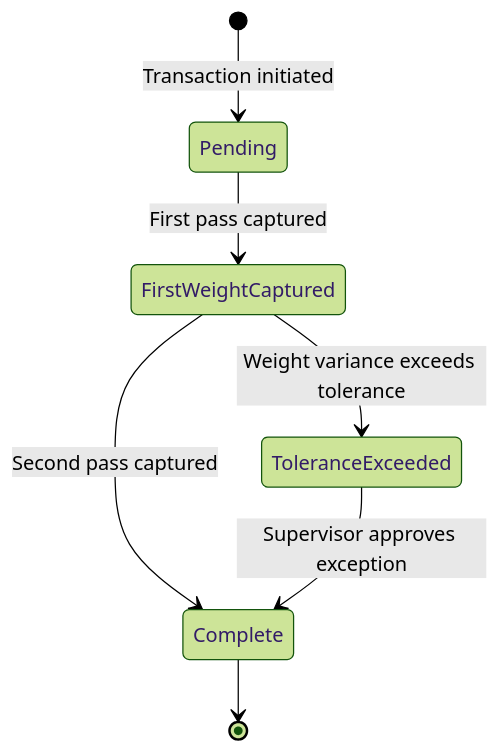
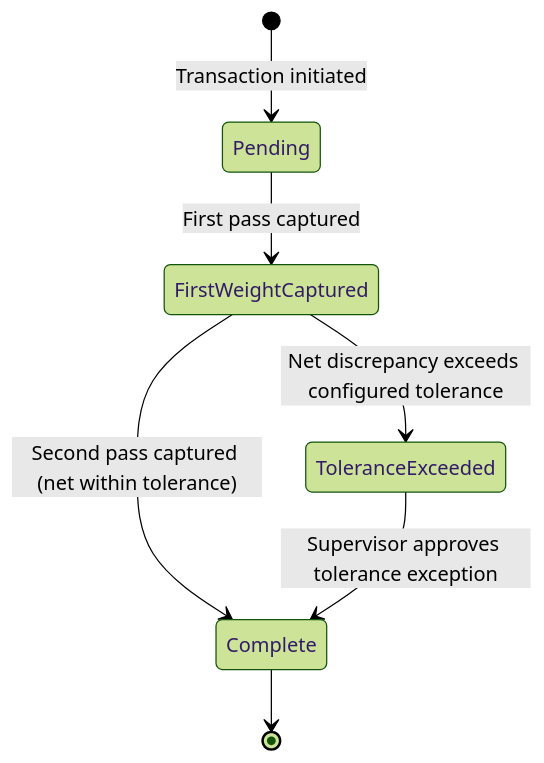
The diagram in docs/commercial/weight-tickets.md (Bengo-Hub/truload-docs), drawn with Mermaid (forest theme) before and after one commit. The commit also changed other lines of this file and 7 other files, not shown here.

````diff
--- a/docs/commercial/weight-tickets.md
+++ b/docs/commercial/weight-tickets.md
@@ -143,9 +178,9 @@
 ```mermaid
 stateDiagram-v2
     [*] --> Pending: Transaction initiated
     Pending --> FirstWeightCaptured: First pass captured
-    FirstWeightCaptured --> Complete: Second pass captured
-    FirstWeightCaptured --> ToleranceExceeded: Weight variance exceeds tolerance
-    ToleranceExceeded --> Complete: Supervisor approves exception
+    FirstWeightCaptured --> Complete: Second pass captured (net within tolerance)
+    FirstWeightCaptured --> ToleranceExceeded: Net discrepancy exceeds configured tolerance
+    ToleranceExceeded --> Complete: Supervisor approves tolerance exception
     Complete --> [*]
 ```
````
